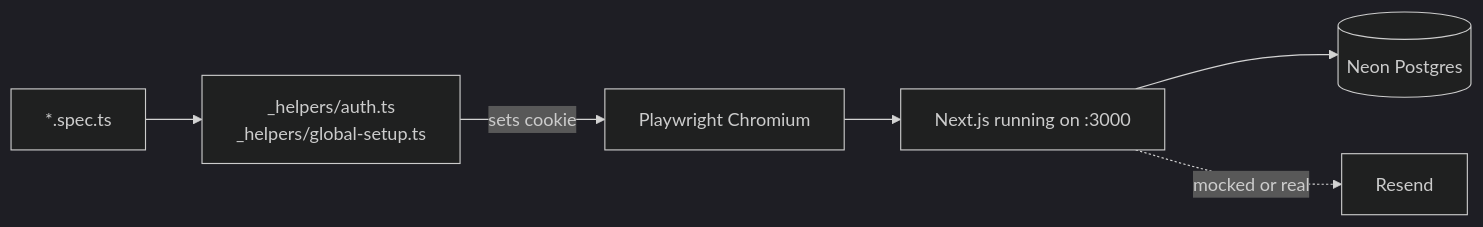
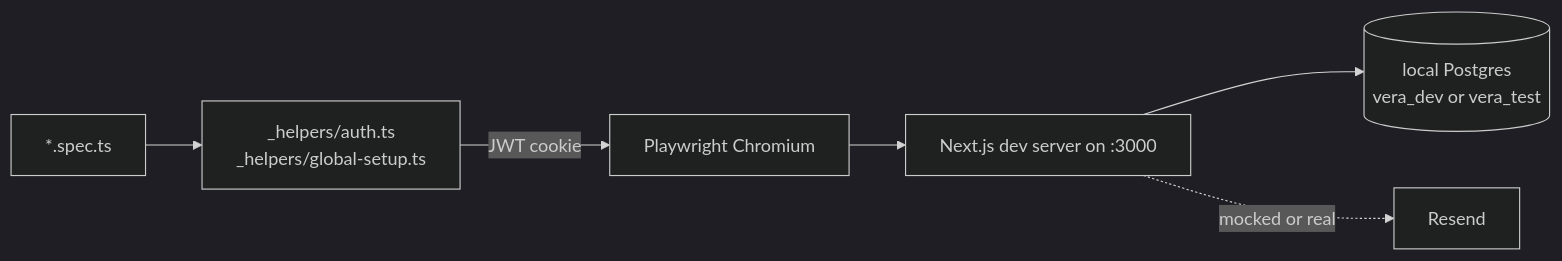
One commit to MakAnalyticsProjects/vera-mvp changed the diagram in docs/TESTING.md. Above: the diagram before and after it, drawn with Mermaid (dark theme). The commit also changed other lines of this file and 25 other files, not shown here.

````diff
--- a/docs/TESTING.md
+++ b/docs/TESTING.md
@@ -21,15 +21,15 @@
 ```mermaid
 flowchart LR
     Browser[Playwright Chromium]
     Spec[*.spec.ts]
     Helper[_helpers/auth.ts<br/>_helpers/global-setup.ts]
-    App[Next.js running on :3000]
-    DB[(Neon Postgres)]
+    App[Next.js dev server on :3000]
+    DB[(local Postgres<br/>vera_dev or vera_test)]
     Resend
 
     Spec --> Helper
-    Helper -->|sets cookie| Browser
+    Helper -->|JWT cookie| Browser
     Browser --> App
     App --> DB
     App -.->|mocked or real| Resend
 ```
````
